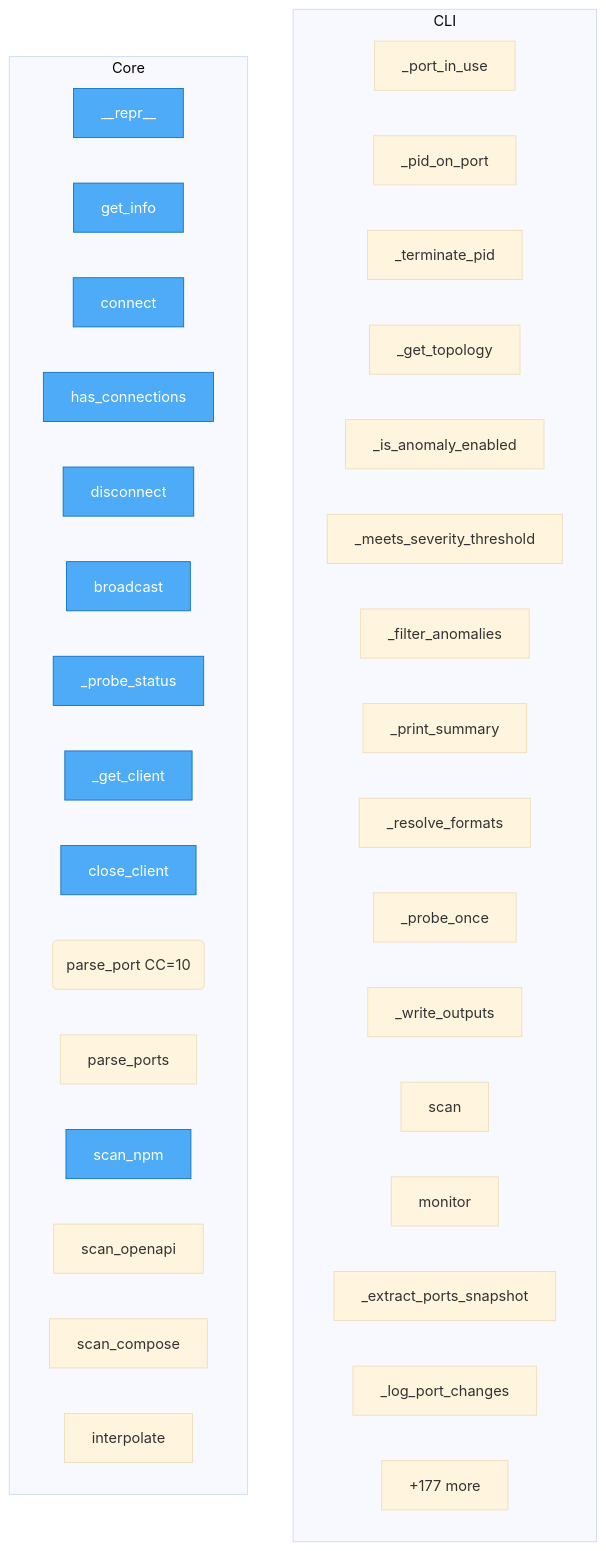
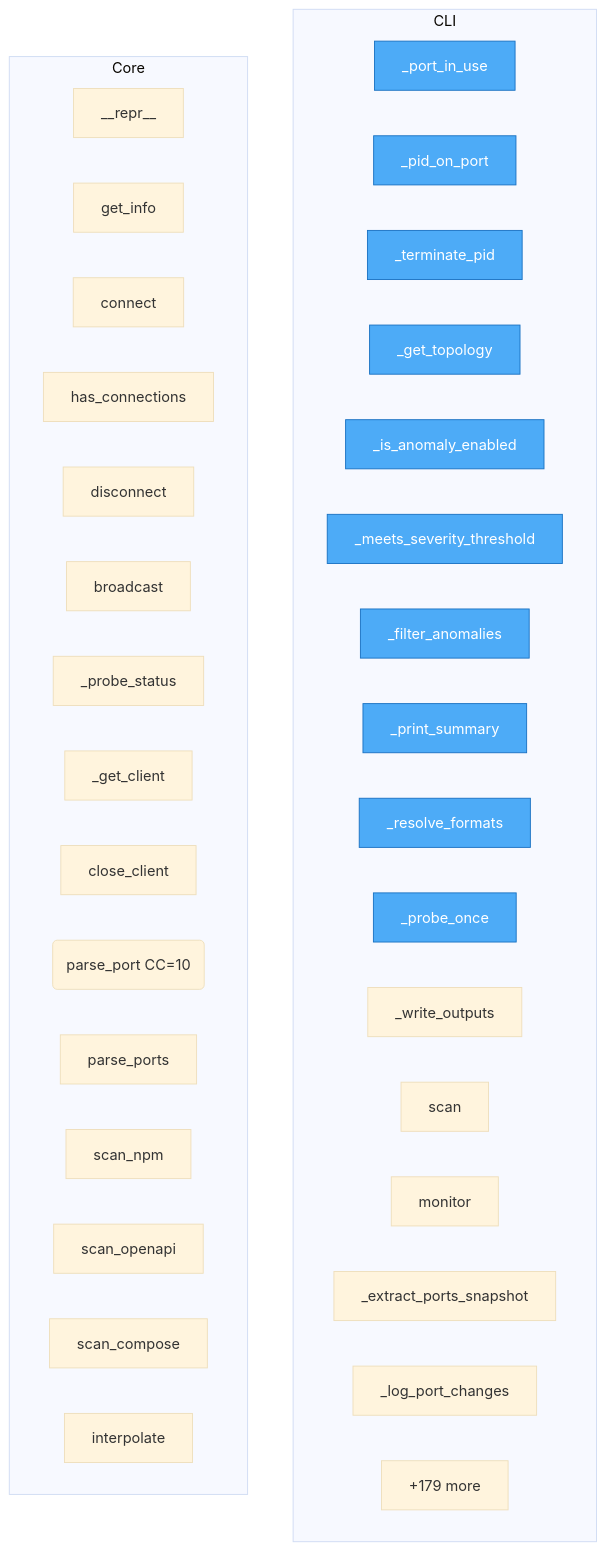
One commit to semcod/deta changed the diagram in project/flow.mmd. Above: the diagram before and after it, drawn with Mermaid (base theme). The commit also changed 24 other files, not shown here.

```diff
--- a/project/flow.mmd
+++ b/project/flow.mmd
@@ -1,44 +1,44 @@
 flowchart TD
 
     %% Entry points (blue)
     classDef entry fill:#4dabf7,stroke:#1971c2,color:#fff
 
     subgraph CLI
         deta__cli___port_in_use["_port_in_use"]
         deta__cli___pid_on_port["_pid_on_port"]
         deta__cli___terminate_pid["_terminate_pid"]
         deta__cli___get_topology["_get_topology"]
         deta__cli___is_anomaly_enabled["_is_anomaly_enabled"]
         deta__cli___meets_severity_threshold["_meets_severity_threshold"]
         deta__cli___filter_anomalies["_filter_anomalies"]
         deta__cli___print_summary["_print_summary"]
         deta__cli___resolve_formats["_resolve_formats"]
         deta__cli___probe_once["_probe_once"]
         deta__cli___write_outputs["_write_outputs"]
         deta__cli__scan["scan"]
         deta__cli__monitor["monitor"]
         deta__cli___extract_ports_snapshot["_extract_ports_snapshot"]
         deta__cli___log_port_changes["_log_port_changes"]
         ...["+4 more"]
     end
 
     subgraph Core
         deta__core__Wup____repr__["__repr__"]
         deta__core__Wup__get_info["get_info"]
         deta__web__app__ConnectionManager__connect["connect"]
         deta__web__app__ConnectionManager__has_connections["has_connections"]
         deta__web__app__ConnectionManager__disconnect["disconnect"]
         deta__web__app__ConnectionManager__broadcast["broadcast"]
         deta__web__app___probe_status["_probe_status"]
         deta__monitor__prober___get_client["_get_client"]
         deta__monitor__prober__close_client["close_client"]
         deta__scanner__ports__parse_port("parse_port CC=10")
         deta__scanner__ports__parse_ports["parse_ports"]
         deta__scanner__npm__scan_npm["scan_npm"]
         deta__scanner__openapi__scan_openapi["scan_openapi"]
         deta__scanner__compose__scan_compose["scan_compose"]
         deta__scanner__env__interpolate["interpolate"]
-        ...["+177 more"]
+        ...["+179 more"]
     end
 
-    class deta__core__Wup____repr__,deta__core__Wup__get_info,deta__web__app__ConnectionManager__connect,deta__web__app__ConnectionManager__has_connections,deta__web__app__ConnectionManager__disconnect,deta__web__app__ConnectionManager__broadcast,deta__web__app___probe_status,deta__monitor__prober___get_client,deta__monitor__prober__close_client,deta__scanner__npm__scan_npm entry
+    class deta__cli___port_in_use,deta__cli___pid_on_port,deta__cli___terminate_pid,deta__cli___get_topology,deta__cli___is_anomaly_enabled,deta__cli___meets_severity_threshold,deta__cli___filter_anomalies,deta__cli___print_summary,deta__cli___resolve_formats,deta__cli___probe_once entry
```
